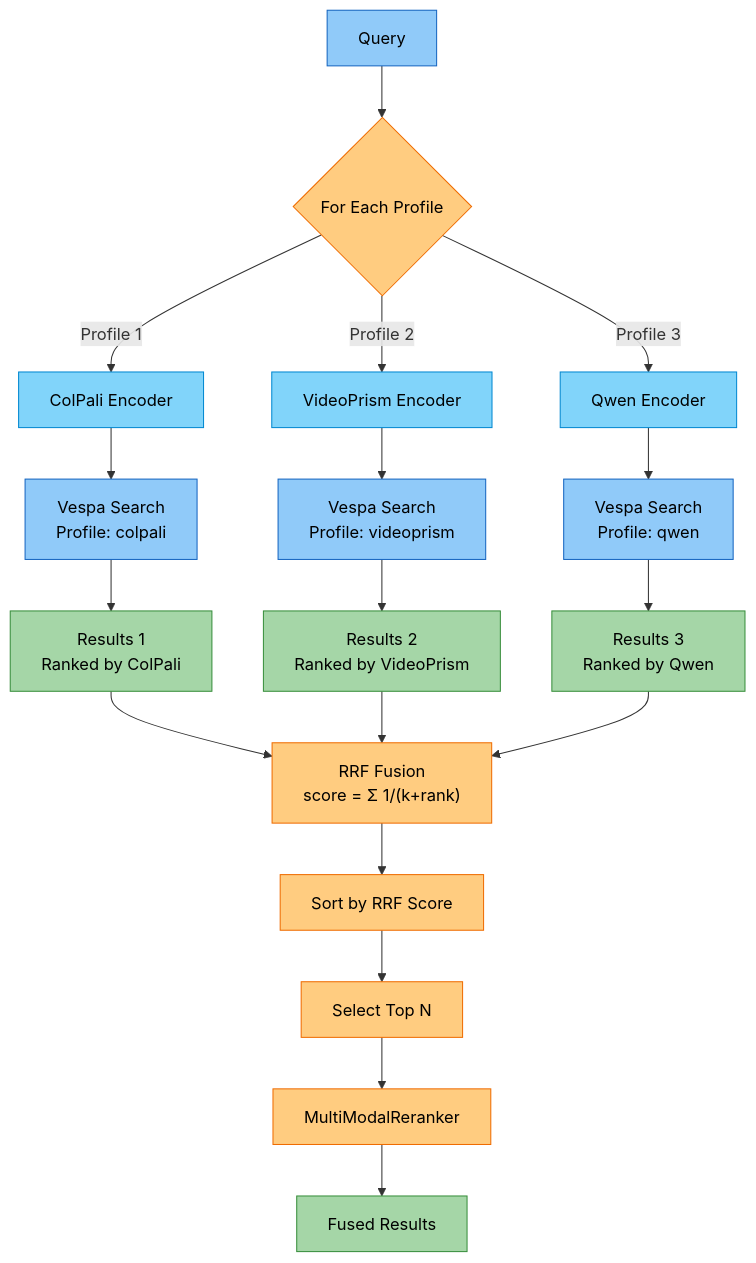
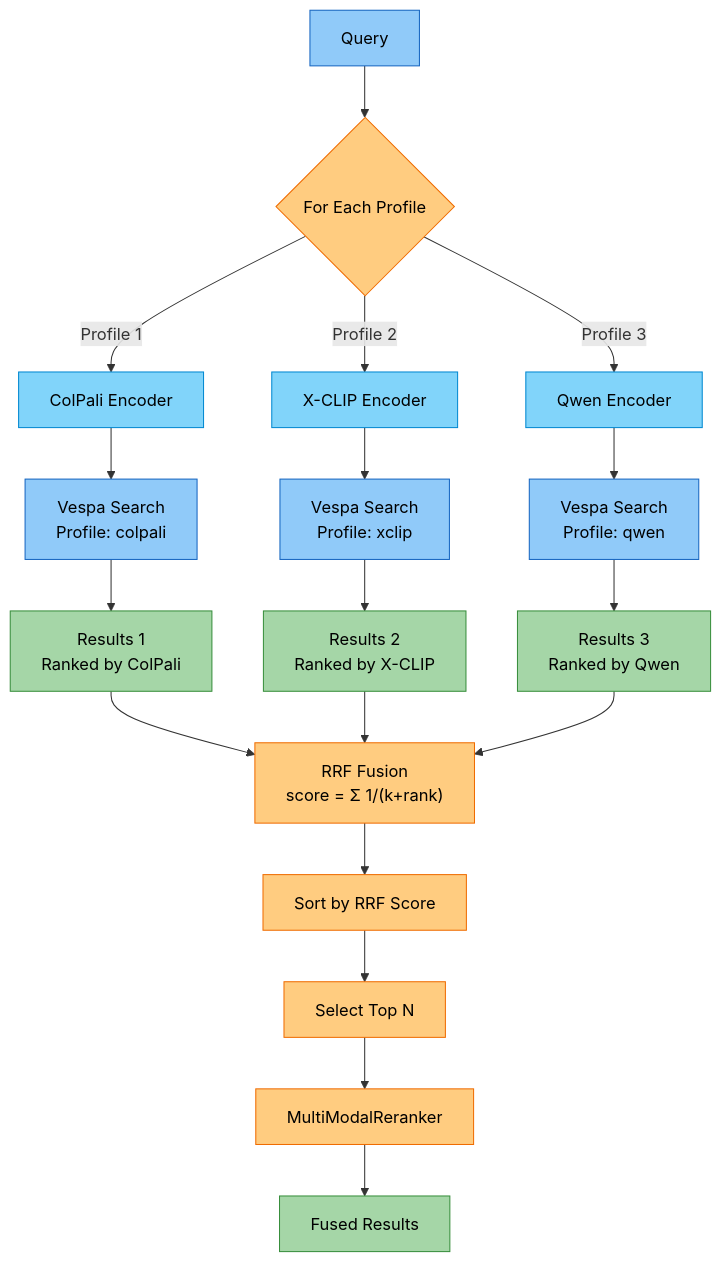
Before and after one commit to amit-jain/cogniverse: the seventh of 18 diagrams in docs/modules/agents.md, drawn with Mermaid. The commit also changed other lines of this file and 168 other files, not shown here.

First line of the commit message:
Remove VideoPrism; X-CLIP is the video embedder

````diff
--- a/docs/modules/agents.md
+++ b/docs/modules/agents.md
@@ -1698,42 +1698,42 @@
 ```mermaid
 flowchart TB
     Input["<span style='color:#000'>Query</span>"] --> Encode{"<span style='color:#000'>For Each Profile</span>"}
 
     Encode -->|Profile 1| Enc1["<span style='color:#000'>ColPali Encoder</span>"]
-    Encode -->|Profile 2| Enc2["<span style='color:#000'>VideoPrism Encoder</span>"]
+    Encode -->|Profile 2| Enc2["<span style='color:#000'>X-CLIP Encoder</span>"]
     Encode -->|Profile 3| Enc3["<span style='color:#000'>Qwen Encoder</span>"]
 
     Enc1 --> Search1["<span style='color:#000'>Vespa Search<br/>Profile: colpali</span>"]
-    Enc2 --> Search2["<span style='color:#000'>Vespa Search<br/>Profile: videoprism</span>"]
+    Enc2 --> Search2["<span style='color:#000'>Vespa Search<br/>Profile: xclip</span>"]
     Enc3 --> Search3["<span style='color:#000'>Vespa Search<br/>Profile: qwen</span>"]
 
     Search1 --> Results1["<span style='color:#000'>Results 1<br/>Ranked by ColPali</span>"]
-    Search2 --> Results2["<span style='color:#000'>Results 2<br/>Ranked by VideoPrism</span>"]
+    Search2 --> Results2["<span style='color:#000'>Results 2<br/>Ranked by X-CLIP</span>"]
     Search3 --> Results3["<span style='color:#000'>Results 3<br/>Ranked by Qwen</span>"]
 
     Results1 --> RRF["<span style='color:#000'>RRF Fusion<br/>score = Σ 1/(k+rank)</span>"]
     Results2 --> RRF
     Results3 --> RRF
 
     RRF --> Sort["<span style='color:#000'>Sort by RRF Score</span>"]
     Sort --> TopN["<span style='color:#000'>Select Top N</span>"]
     TopN --> Rerank["<span style='color:#000'>MultiModalReranker</span>"]
     Rerank --> Final["<span style='color:#000'>Fused Results</span>"]
 
     style Input fill:#90caf9,stroke:#1565c0,color:#000
     style Encode fill:#ffcc80,stroke:#ef6c00,color:#000
     style Enc1 fill:#81d4fa,stroke:#0288d1,color:#000
     style Enc2 fill:#81d4fa,stroke:#0288d1,color:#000
     style Enc3 fill:#81d4fa,stroke:#0288d1,color:#000
     style Search1 fill:#90caf9,stroke:#1565c0,color:#000
     style Search2 fill:#90caf9,stroke:#1565c0,color:#000
     style Search3 fill:#90caf9,stroke:#1565c0,color:#000
     style Results1 fill:#a5d6a7,stroke:#388e3c,color:#000
     style Results2 fill:#a5d6a7,stroke:#388e3c,color:#000
     style Results3 fill:#a5d6a7,stroke:#388e3c,color:#000
     style RRF fill:#ffcc80,stroke:#ef6c00,color:#000
     style Sort fill:#ffcc80,stroke:#ef6c00,color:#000
     style TopN fill:#ffcc80,stroke:#ef6c00,color:#000
     style Rerank fill:#ffcc80,stroke:#ef6c00,color:#000
     style Final fill:#a5d6a7,stroke:#388e3c,color:#000
 ```
````
